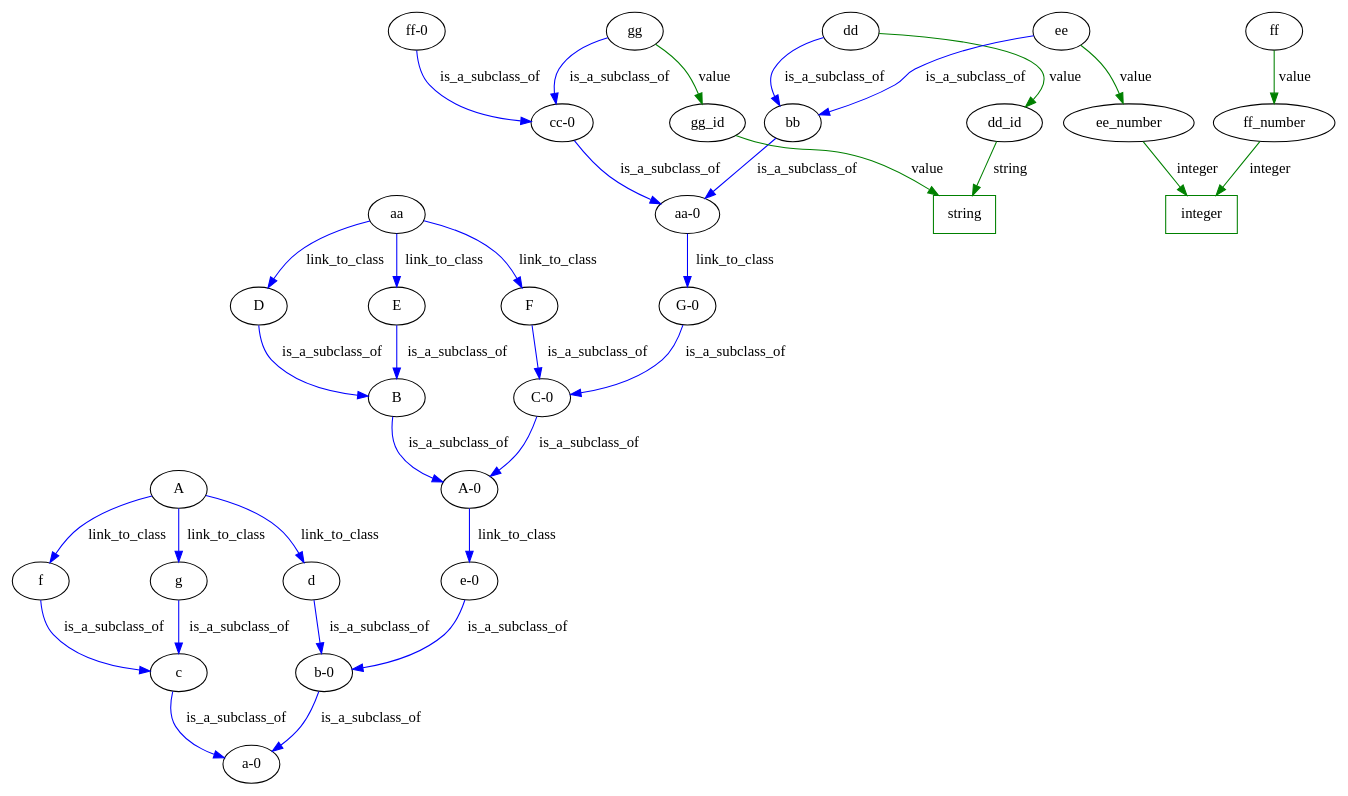
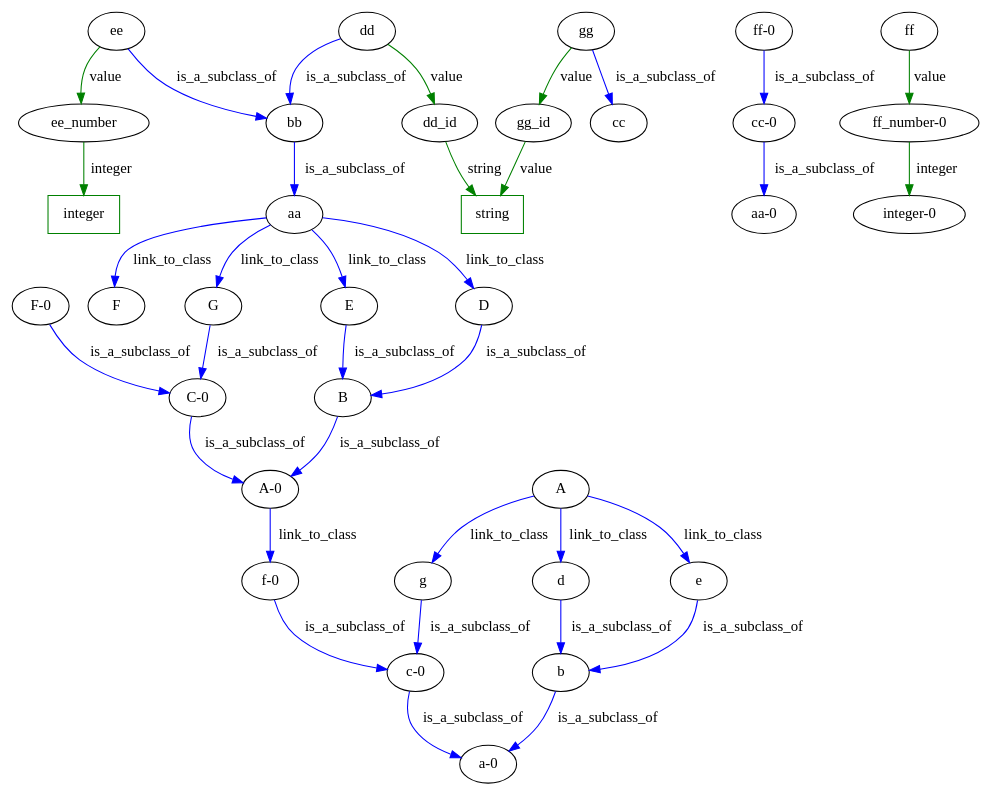
The diagram in ontologyRepository/Digraph.gv (heinz-preisig/PeriConto), drawn with Graphviz before and after one commit. The commit also changed 6 other files, not shown here.

```diff
--- a/ontologyRepository/Digraph.gv
+++ b/ontologyRepository/Digraph.gv
@@ -1,104 +1,104 @@
 digraph {
+	e
+	b
+	e -> b [label=is_a_subclass_of color=blue]
+	gg
+	gg_id
+	gg -> gg_id [label=value color=green]
+	string [color=green shape=rectangle]
+	string
+	dd_id -> string [label=string color=green]
+	"ff-0"
+	"cc-0"
+	"ff-0" -> "cc-0" [label=is_a_subclass_of color=blue]
 	d
-	"b-0"
-	d -> "b-0" [label=is_a_subclass_of color=blue]
+	b
+	d -> b [label=is_a_subclass_of color=blue]
+	"ff_number-0"
+	"integer-0"
+	"ff_number-0" -> "integer-0" [label=integer color=green]
+	aa
+	F
+	aa -> F [label=link_to_class color=blue]
+	aa
+	G
+	aa -> G [label=link_to_class color=blue]
+	ee
+	bb
+	ee -> bb [label=is_a_subclass_of color=blue]
+	A
+	d
+	A -> d [label=link_to_class color=blue]
+	"f-0"
+	"c-0"
+	"f-0" -> "c-0" [label=is_a_subclass_of color=blue]
+	aa
+	E
+	aa -> E [label=link_to_class color=blue]
+	ff
+	"ff_number-0"
+	ff -> "ff_number-0" [label=value color=green]
+	E
 	B
-	"A-0"
-	B -> "A-0" [label=is_a_subclass_of color=blue]
+	E -> B [label=is_a_subclass_of color=blue]
+	"cc-0"
 	"aa-0"
-	"G-0"
-	"aa-0" -> "G-0" [label=link_to_class color=blue]
+	"cc-0" -> "aa-0" [label=is_a_subclass_of color=blue]
+	D
+	B
+	D -> B [label=is_a_subclass_of color=blue]
 	aa
 	D
 	aa -> D [label=link_to_class color=blue]
-	"C-0"
-	"A-0"
-	"C-0" -> "A-0" [label=is_a_subclass_of color=blue]
-	bb
-	"aa-0"
-	bb -> "aa-0" [label=is_a_subclass_of color=blue]
-	"A-0"
-	"e-0"
-	"A-0" -> "e-0" [label=link_to_class color=blue]
-	dd
-	dd_id
-	dd -> dd_id [label=value color=green]
-	f
-	c
-	f -> c [label=is_a_subclass_of color=blue]
-	"b-0"
-	"a-0"
-	"b-0" -> "a-0" [label=is_a_subclass_of color=blue]
-	integer [color=green shape=rectangle]
-	integer
-	ee_number -> integer [label=integer color=green]
-	integer [color=green shape=rectangle]
-	integer
-	ff_number -> integer [label=integer color=green]
-	aa
-	E
-	aa -> E [label=link_to_class color=blue]
-	A
-	d
-	A -> d [label=link_to_class color=blue]
-	g
-	c
-	g -> c [label=is_a_subclass_of color=blue]
-	"ff-0"
-	"cc-0"
-	"ff-0" -> "cc-0" [label=is_a_subclass_of color=blue]
 	string [color=green shape=rectangle]
 	string
 	gg_id -> string [label=value color=green]
-	A
-	g
-	A -> g [label=link_to_class color=blue]
-	"e-0"
-	"b-0"
-	"e-0" -> "b-0" [label=is_a_subclass_of color=blue]
-	F
-	"C-0"
-	F -> "C-0" [label=is_a_subclass_of color=blue]
-	ff
-	ff_number
-	ff -> ff_number [label=value color=green]
-	D
-	B
-	D -> B [label=is_a_subclass_of color=blue]
-	string [color=green shape=rectangle]
-	string
-	dd_id -> string [label=string color=green]
-	"G-0"
-	"C-0"
-	"G-0" -> "C-0" [label=is_a_subclass_of color=blue]
-	c
-	"a-0"
-	c -> "a-0" [label=is_a_subclass_of color=blue]
-	gg
-	gg_id
-	gg -> gg_id [label=value color=green]
-	E
-	B
-	E -> B [label=is_a_subclass_of color=blue]
 	dd
 	bb
 	dd -> bb [label=is_a_subclass_of color=blue]
 	A
-	f
-	A -> f [label=link_to_class color=blue]
-	ee
+	e
+	A -> e [label=link_to_class color=blue]
+	B
+	"A-0"
+	B -> "A-0" [label=is_a_subclass_of color=blue]
+	dd
+	dd_id
+	dd -> dd_id [label=value color=green]
 	bb
-	ee -> bb [label=is_a_subclass_of color=blue]
-	gg
-	"cc-0"
-	gg -> "cc-0" [label=is_a_subclass_of color=blue]
-	"cc-0"
-	"aa-0"
-	"cc-0" -> "aa-0" [label=is_a_subclass_of color=blue]
+	aa
+	bb -> aa [label=is_a_subclass_of color=blue]
+	b
+	"a-0"
+	b -> "a-0" [label=is_a_subclass_of color=blue]
+	"C-0"
+	"A-0"
+	"C-0" -> "A-0" [label=is_a_subclass_of color=blue]
+	g
+	"c-0"
+	g -> "c-0" [label=is_a_subclass_of color=blue]
+	G
+	"C-0"
+	G -> "C-0" [label=is_a_subclass_of color=blue]
+	"F-0"
+	"C-0"
+	"F-0" -> "C-0" [label=is_a_subclass_of color=blue]
 	ee
 	ee_number
 	ee -> ee_number [label=value color=green]
-	aa
-	F
-	aa -> F [label=link_to_class color=blue]
+	A
+	g
+	A -> g [label=link_to_class color=blue]
+	gg
+	cc
+	gg -> cc [label=is_a_subclass_of color=blue]
+	integer [color=green shape=rectangle]
+	integer
+	ee_number -> integer [label=integer color=green]
+	"A-0"
+	"f-0"
+	"A-0" -> "f-0" [label=link_to_class color=blue]
+	"c-0"
+	"a-0"
+	"c-0" -> "a-0" [label=is_a_subclass_of color=blue]
 }
```
